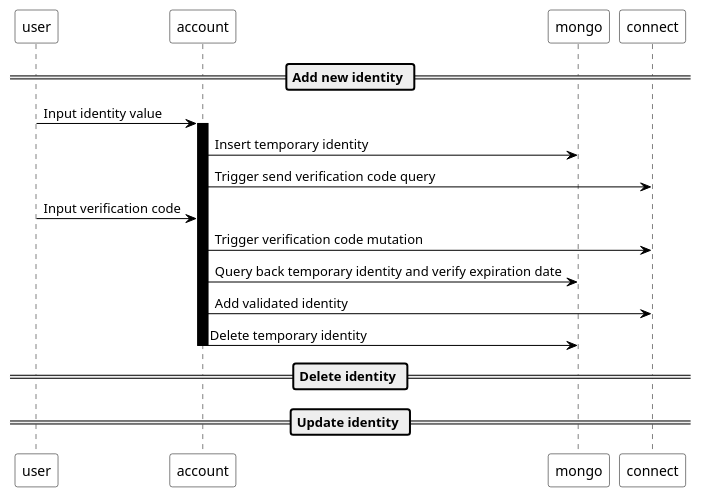
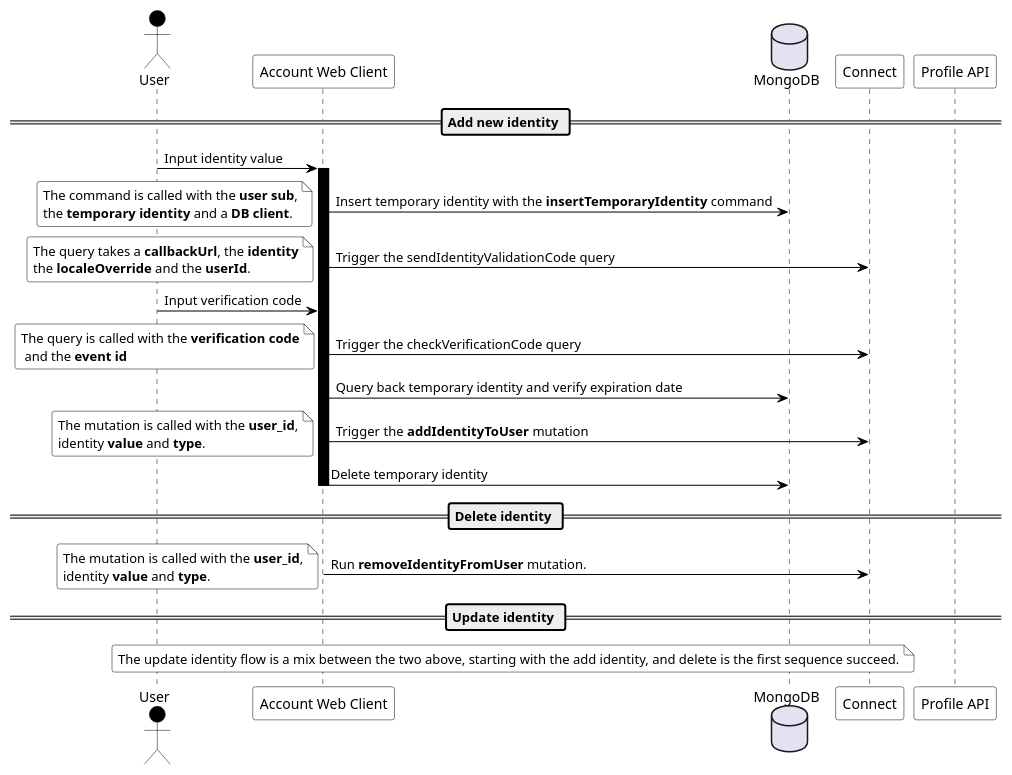
The second of 3 diagrams in doc/flows.puml (fewlinesco/connect-account), drawn with PlantUML before and after one commit. The commit also changed other lines of this file and 2 other files, not shown here.

```diff
--- a/doc/flows.puml
+++ b/doc/flows.puml
@@ -104,42 +104,74 @@
 @startuml
 
 skinparam NoteBackgroundColor #fff
 skinparam NoteBorderColor #000
 
 skinparam sequence {
 	ArrowColor #000
 	ActorBorderColor #000
 
 	LifeLineBorderColor #000
 	LifeLineBackgroundColor #000
 
 	ParticipantBorderColor #000
 	ParticipantBackgroundColor #fff
 	ParticipantFontColor #000
 
 	ActorBackgroundColor #000
 	ActorFontColor #000
 
         NoteBorderColor #000
 }
 
 skinparam roundcorner 5
 
+actor User                         as user
+participant "Account Web Client"   as account
+database MongoDB                   as mongo
+participant "Connect"              as connect
+participant "Profile API"          as profile
+
 == Add new identity ==
 
 user -> account : Input identity value
 activate account
-account -> mongo : Insert temporary identity
-account -> connect : Trigger send verification code query
+account -> mongo : Insert temporary identity with the **insertTemporaryIdentity** command
+note left
+The command is called with the **user sub**,
+the **temporary identity** and a **DB client**.
+end note
+account -> connect : Trigger the sendIdentityValidationCode query
+note left
+The query takes a **callbackUrl**, the **identity**
+the **localeOverride** and the **userId**.
+end note
 user -> account : Input verification code
-account -> connect : Trigger verification code mutation
+account -> connect : Trigger the checkVerificationCode query
+note left
+The query is called with the **verification code**
+ and the **event id**
+end note
 account -> mongo : Query back temporary identity and verify expiration date
-account -> connect : Add validated identity
+account -> connect : Trigger the **addIdentityToUser** mutation
+note left
+The mutation is called with the **user_id**,
+identity **value** and **type**.
+end note
 account -> mongo : Delete temporary identity
 deactivate account
 
 == Delete identity ==
 
+account -> connect : Run **removeIdentityFromUser** mutation.
+note left
+The mutation is called with the **user_id**,
+identity **value** and **type**.
+end note
+
 == Update identity ==
 
+note over user, connect
+The update identity flow is a mix between the two above, starting with the add identity, and delete is the first sequence succeed.
+end note
+
 @enduml
```
